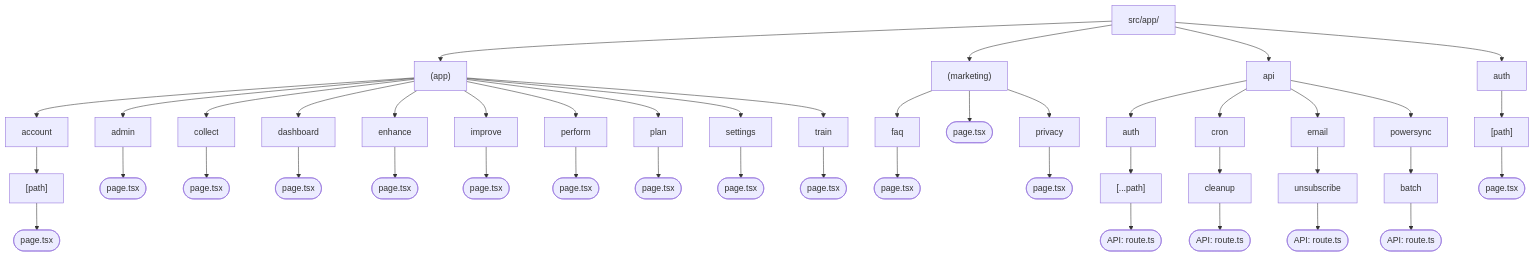
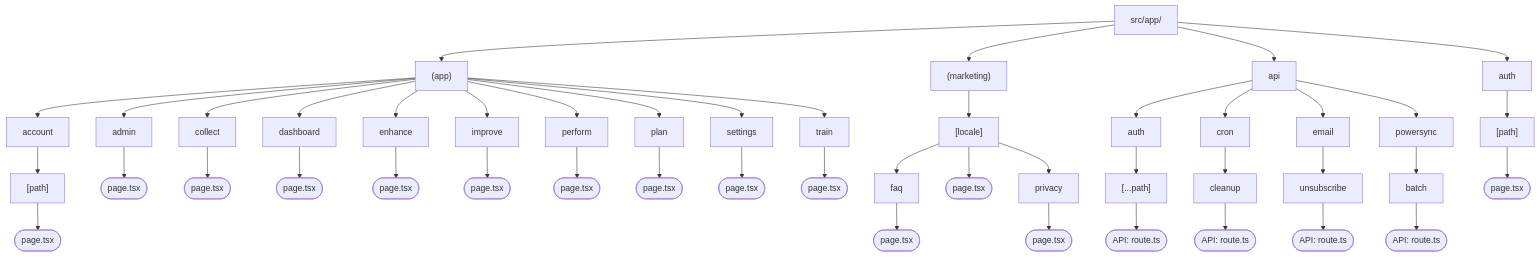
The diagram in docs/diagrams/route-map.md (julienroussel/tml), drawn with Mermaid before and after one commit. The commit also changed other lines of this file and 40 other files, not shown here.

````diff
--- a/docs/diagrams/route-map.md
+++ b/docs/diagrams/route-map.md
@@ -7,48 +7,49 @@
 ```mermaid
 graph TD
   root["src/app/"]
   root --> n0["(app)"]
   n0 --> n1["account"]
   n1 --> n2["[path]"]
   n2 --> n3(["page.tsx"])
   n0 --> n4["admin"]
   n4 --> n5(["page.tsx"])
   n0 --> n6["collect"]
   n6 --> n7(["page.tsx"])
   n0 --> n8["dashboard"]
   n8 --> n9(["page.tsx"])
   n0 --> n10["enhance"]
   n10 --> n11(["page.tsx"])
   n0 --> n12["improve"]
   n12 --> n13(["page.tsx"])
   n0 --> n15["perform"]
   n15 --> n16(["page.tsx"])
   n0 --> n17["plan"]
   n17 --> n18(["page.tsx"])
   n0 --> n19["settings"]
   n19 --> n20(["page.tsx"])
   n0 --> n21["train"]
   n21 --> n22(["page.tsx"])
   root --> n23["(marketing)"]
-  n23 --> n24["faq"]
-  n24 --> n25(["page.tsx"])
-  n23 --> n27(["page.tsx"])
-  n23 --> n28["privacy"]
-  n28 --> n29(["page.tsx"])
-  root --> n30["api"]
-  n30 --> n31["auth"]
-  n31 --> n32["[...path]"]
-  n32 --> n33(["API: route.ts"])
-  n30 --> n34["cron"]
-  n34 --> n35["cleanup"]
-  n35 --> n36(["API: route.ts"])
-  n30 --> n37["email"]
-  n37 --> n38["unsubscribe"]
-  n38 --> n39(["API: route.ts"])
-  n30 --> n40["powersync"]
-  n40 --> n41["batch"]
-  n41 --> n42(["API: route.ts"])
-  root --> n43["auth"]
-  n43 --> n44["[path]"]
-  n44 --> n45(["page.tsx"])
+  n23 --> n24["[locale]"]
+  n24 --> n25["faq"]
+  n25 --> n26(["page.tsx"])
+  n24 --> n28(["page.tsx"])
+  n24 --> n29["privacy"]
+  n29 --> n30(["page.tsx"])
+  root --> n31["api"]
+  n31 --> n32["auth"]
+  n32 --> n33["[...path]"]
+  n33 --> n34(["API: route.ts"])
+  n31 --> n35["cron"]
+  n35 --> n36["cleanup"]
+  n36 --> n37(["API: route.ts"])
+  n31 --> n38["email"]
+  n38 --> n39["unsubscribe"]
+  n39 --> n40(["API: route.ts"])
+  n31 --> n41["powersync"]
+  n41 --> n42["batch"]
+  n42 --> n43(["API: route.ts"])
+  root --> n44["auth"]
+  n44 --> n45["[path]"]
+  n45 --> n46(["page.tsx"])
 ```
````
